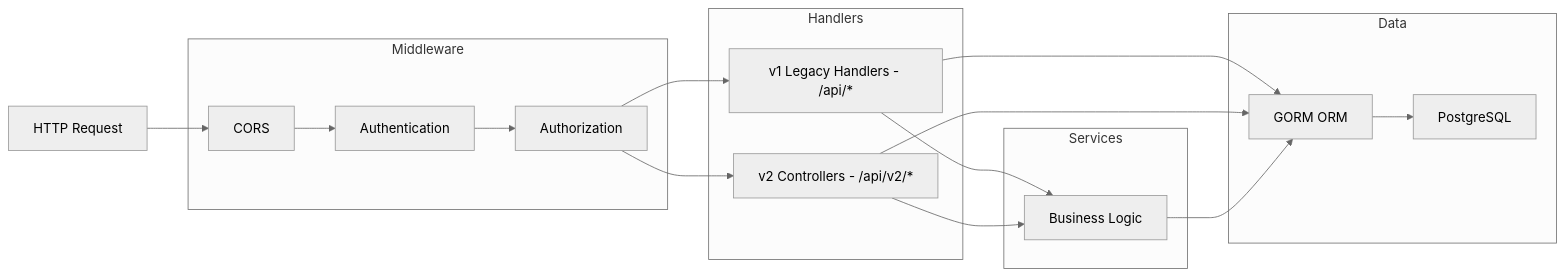
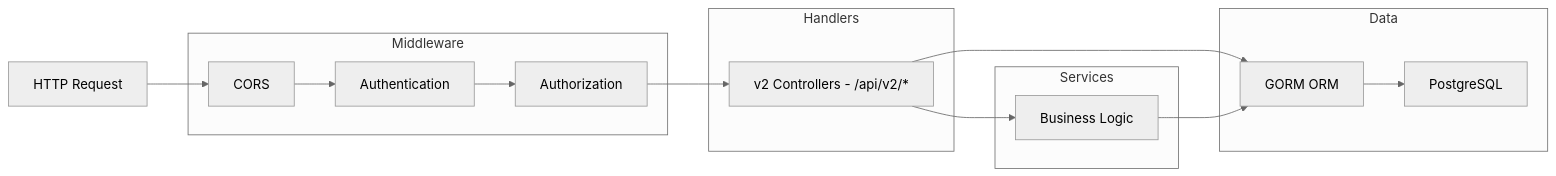
One commit to uwpokerclub/website changed the second of 5 diagrams in docs/architecture.md. Above: the diagram before and after it, drawn with Mermaid (neutral theme). The commit also changed other lines of this file and 2 other files, not shown here.

First line of the commit message:
docs: remove v1 API references and record the retained Transaction model

````diff
--- a/docs/architecture.md
+++ b/docs/architecture.md
@@ -41,34 +41,30 @@
 ```mermaid
 flowchart LR
     Request["HTTP Request"]
 
     subgraph Middleware
         CORS["CORS"]
         Auth["Authentication"]
         Authz["Authorization"]
     end
 
     subgraph Handlers
-        V1["v1 Legacy Handlers - /api/*"]
         V2["v2 Controllers - /api/v2/*"]
     end
 
     subgraph Services
         BizLogic["Business Logic"]
     end
 
     subgraph Data
         GORM["GORM ORM"]
         PG["PostgreSQL"]
     end
 
     Request --> CORS --> Auth --> Authz
-    Authz --> V1
     Authz --> V2
-    V1 --> BizLogic
     V2 --> BizLogic
-    V1 --> GORM
     V2 --> GORM
     BizLogic --> GORM
     GORM --> PG
 ```
````
